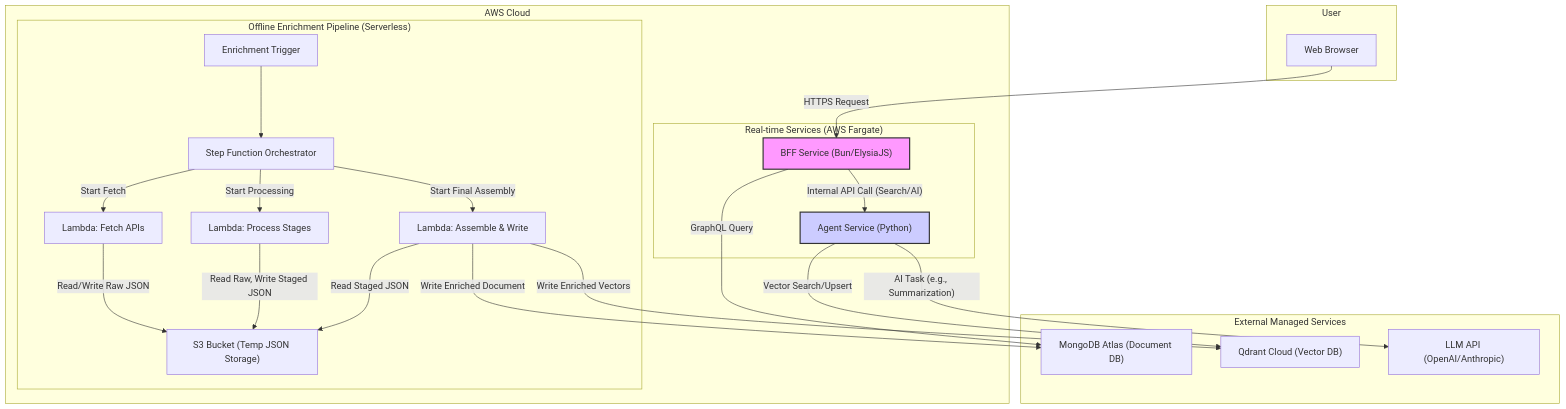
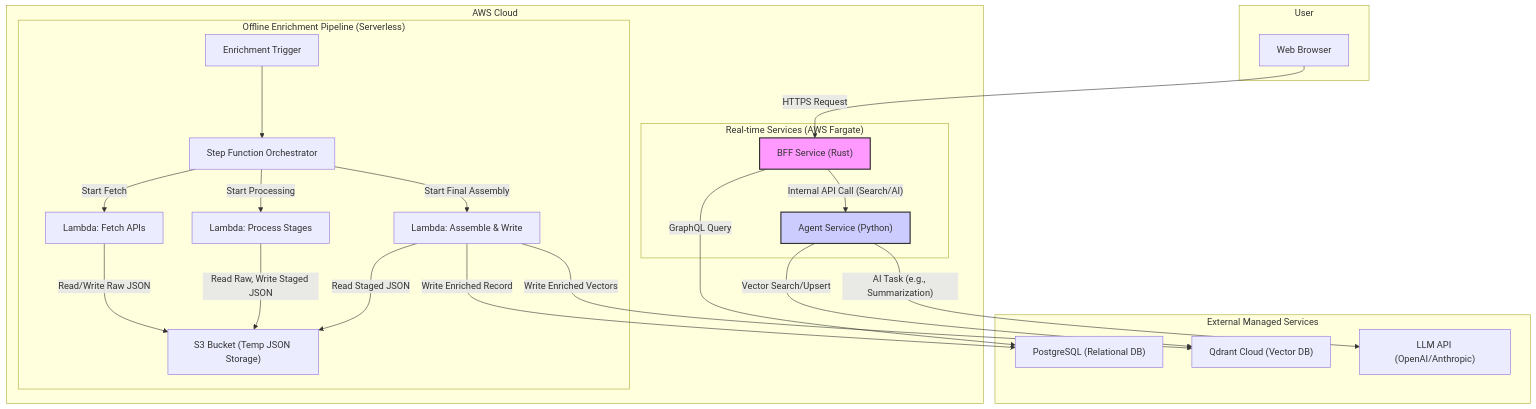
The second of 4 diagrams in docs/implementation_plan.md (adnanaq/echora), drawn with Mermaid before and after one commit. The commit also changed other lines of this file and 31 other files, not shown here.

Commit message:
feat(ECHO-21): implement gRPC agent service for query parsing

````diff
--- a/docs/implementation_plan.md
+++ b/docs/implementation_plan.md
@@ -887,49 +887,49 @@
 ```mermaid
 graph TD
     subgraph User
         Client[Web Browser]
     end
 
-    subgraph "External Managed Services"
-        MongoDB["MongoDB Atlas (Document DB)"]
+subgraph "External Managed Services"
+        PostgresDB["PostgreSQL (Relational DB)"]
         QdrantDB["Qdrant Cloud (Vector DB)"]
         LLM_API["LLM API (OpenAI/Anthropic)"]
     end
 
     subgraph "AWS Cloud"
         subgraph "Real-time Services (AWS Fargate)"
-            BFF["BFF Service (Bun/ElysiaJS)"]
+            BFF["BFF Service (Rust)"]
             Agent["Agent Service (Python)"]
         end
 
         subgraph "Offline Enrichment Pipeline (Serverless)"
             Trigger[Enrichment Trigger]
             StepFunction["Step Function Orchestrator"]
             S3["S3 Bucket (Temp JSON Storage)"]
             LambdaFetch["Lambda: Fetch APIs"]
             LambdaProcess["Lambda: Process Stages"]
             LambdaWrite["Lambda: Assemble & Write"]
         end
 
         %% Real-time Request Flow
         Client -- HTTPS Request --> BFF
-        BFF -- "GraphQL Query" --> MongoDB
+        BFF -- "GraphQL Query" --> PostgresDB
         BFF -- "Internal API Call (Search/AI)" --> Agent
         Agent -- "Vector Search/Upsert" --> QdrantDB
         Agent -- "AI Task (e.g., Summarization)" --> LLM_API
 
         %% Offline Data Pipeline Flow
         Trigger --> StepFunction
         StepFunction -- "Start Fetch" --> LambdaFetch
         LambdaFetch -- "Read/Write Raw JSON" --> S3
         StepFunction -- "Start Processing" --> LambdaProcess
         LambdaProcess -- "Read Raw, Write Staged JSON" --> S3
         StepFunction -- "Start Final Assembly" --> LambdaWrite
         LambdaWrite -- "Read Staged JSON" --> S3
-        LambdaWrite -- "Write Enriched Document" --> MongoDB
+        LambdaWrite -- "Write Enriched Record" --> PostgresDB
         LambdaWrite -- "Write Enriched Vectors" --> QdrantDB
     end
 
     style BFF fill:#f9f,stroke:#333,stroke-width:2px
     style Agent fill:#ccf,stroke:#333,stroke-width:2px
 ```
````
